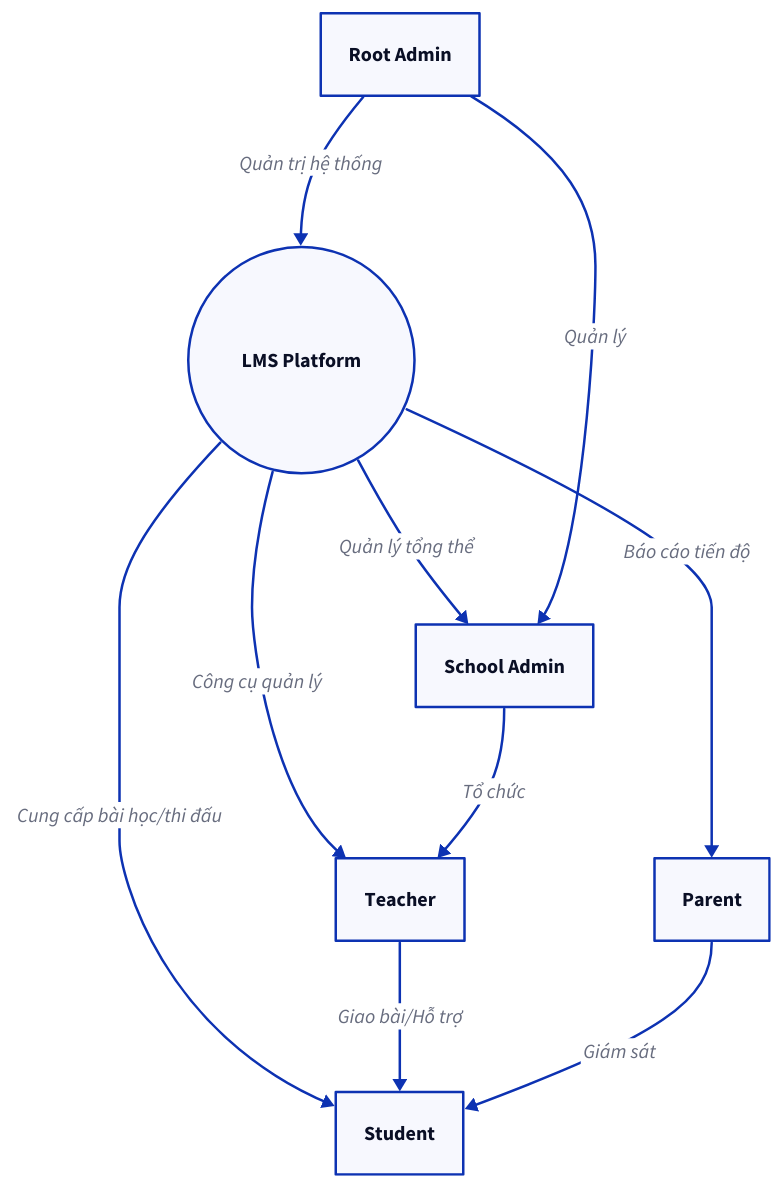
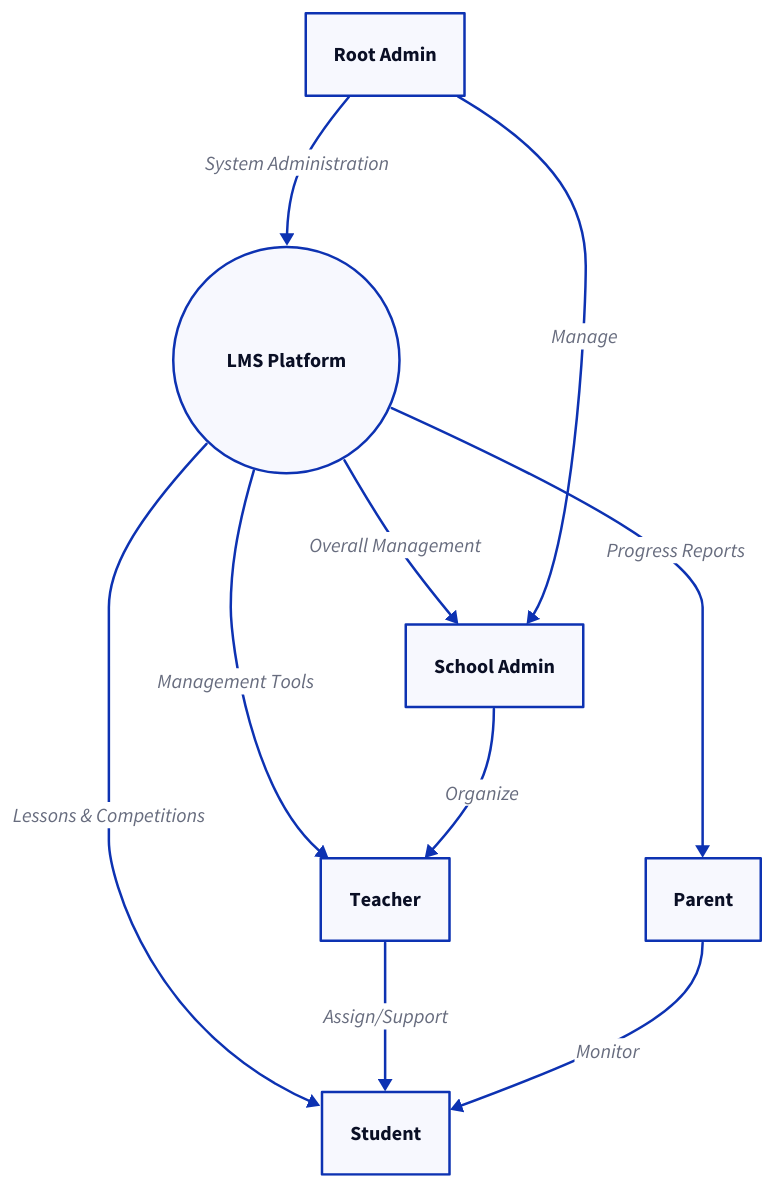
Before and after one commit to philongdanh/lms: the diagram in versioned_docs/version-1.0/specs/00-business/vision.md, drawn with D2. The commit also changed 17 other files, not shown here.

First line of the commit message:
feat: re-enable mermaid + translate D2 diagrams to English

````diff
--- a/versioned_docs/version-1.0/specs/00-business/vision.md
+++ b/versioned_docs/version-1.0/specs/00-business/vision.md
@@ -58,23 +58,23 @@
 ```d2
 direction: down
 
 RootAdmin: Root Admin
 System: LMS Platform {
   shape: circle
 }
 Student: Student
 Teacher: Teacher
 Parent: Parent
 SchoolAdmin: School Admin
 
-RootAdmin -> System: Quản trị hệ thống
-System -> Student: Cung cấp bài học/thi đấu
-System -> Teacher: Công cụ quản lý
-System -> Parent: Báo cáo tiến độ
-System -> SchoolAdmin: Quản lý tổng thể
+RootAdmin -> System: System Administration
+System -> Student: Lessons & Competitions
+System -> Teacher: Management Tools
+System -> Parent: Progress Reports
+System -> SchoolAdmin: Overall Management
 
-Teacher -> Student: Giao bài/Hỗ trợ
-Parent -> Student: Giám sát
-SchoolAdmin -> Teacher: Tổ chức
-RootAdmin -> SchoolAdmin: Quản lý
+Teacher -> Student: Assign/Support
+Parent -> Student: Monitor
+SchoolAdmin -> Teacher: Organize
+RootAdmin -> SchoolAdmin: Manage
 ```
````
